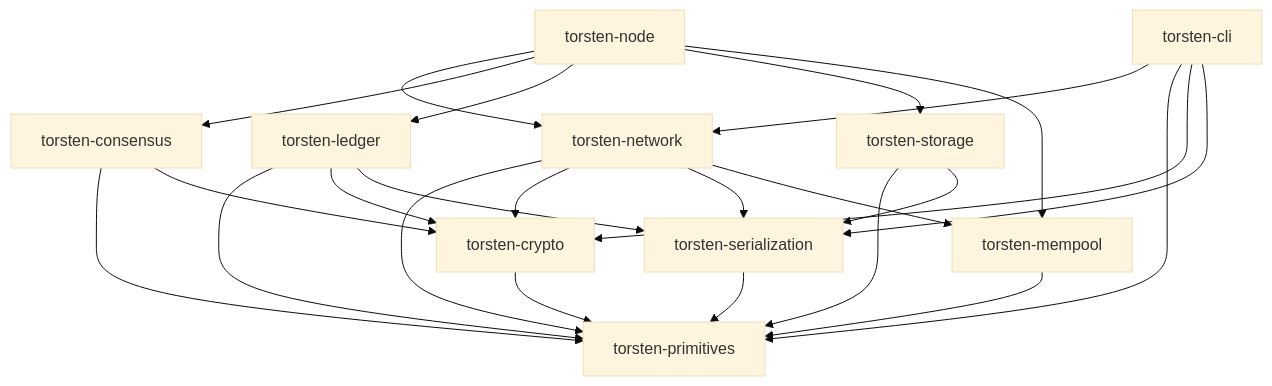
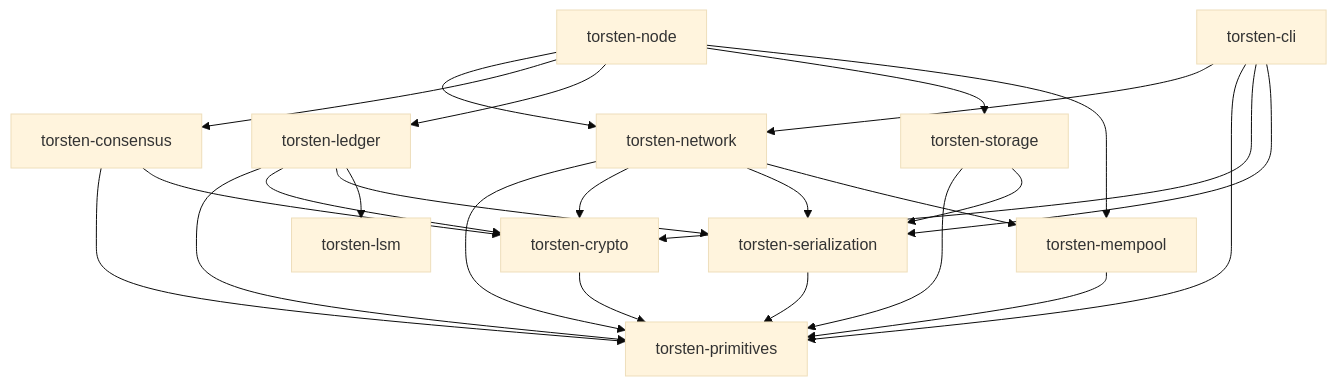
One commit to michaeljfazio/torsten changed the diagram in README.md. Above: the diagram before and after it, drawn with Mermaid (base theme). The commit also changed other lines of this file, not shown here.

````diff
--- a/README.md
+++ b/README.md
@@ -54,26 +55,27 @@
 ```mermaid
 graph TD
     NODE[torsten-node] --> NET[torsten-network]
     NODE --> CONS[torsten-consensus]
     NODE --> LEDGER[torsten-ledger]
     NODE --> STORE[torsten-storage]
     NODE --> POOL[torsten-mempool]
     CLI[torsten-cli] --> NET
     CLI --> PRIM[torsten-primitives]
     CLI --> CRYPTO[torsten-crypto]
     CLI --> SER[torsten-serialization]
     NET --> PRIM
     NET --> CRYPTO
     NET --> SER
     NET --> POOL
     CONS --> PRIM
     CONS --> CRYPTO
     LEDGER --> PRIM
     LEDGER --> CRYPTO
     LEDGER --> SER
+    LEDGER --> LSM[torsten-lsm]
     STORE --> PRIM
     STORE --> SER
     POOL --> PRIM
     SER --> PRIM
     CRYPTO --> PRIM
 ```
````
